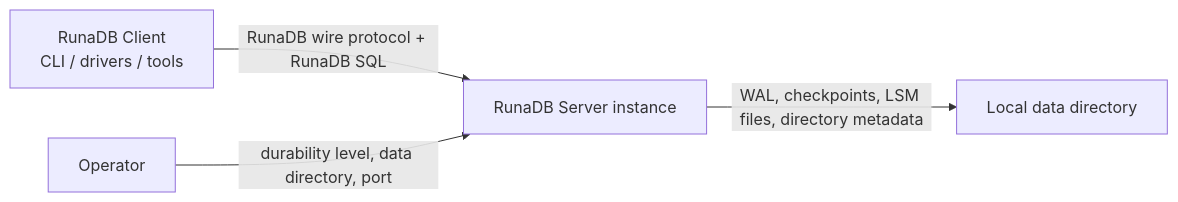
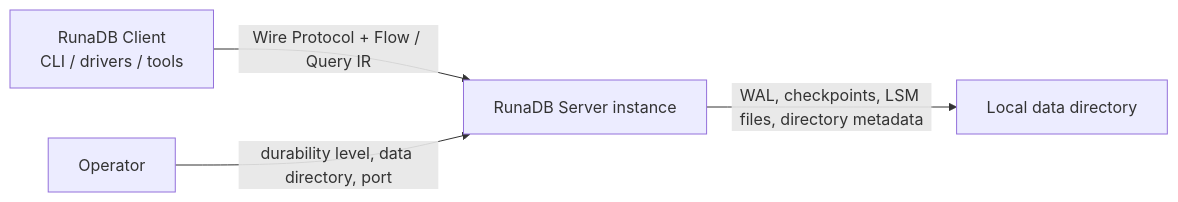
Before and after one commit to viloris-org/Pico: the first of 3 diagrams in docs/ARCHITECTURE.md, drawn with Mermaid. The commit also changed other lines of this file and 60 other files, not shown here.

First line of the commit message:
feat(protocol): upgrade RunaDB Wire Protocol to v2 with Flow and evidence support

````diff
--- a/docs/ARCHITECTURE.md
+++ b/docs/ARCHITECTURE.md
@@ -48,6 +48,6 @@
 ```mermaid
 flowchart LR
-  client["RunaDB Client\nCLI / drivers / tools"] -->|"RunaDB wire protocol + RunaDB SQL"| runadb["RunaDB Server instance"]
+  client["RunaDB Client\nCLI / drivers / tools"] -->|"Wire Protocol + Flow / Query IR"| runadb["RunaDB Server instance"]
   runadb -->|"WAL, checkpoints, LSM files, directory metadata"| data["Local data directory"]
   operator["Operator"] -->|"durability level, data directory, port"| runadb
 ```
````
